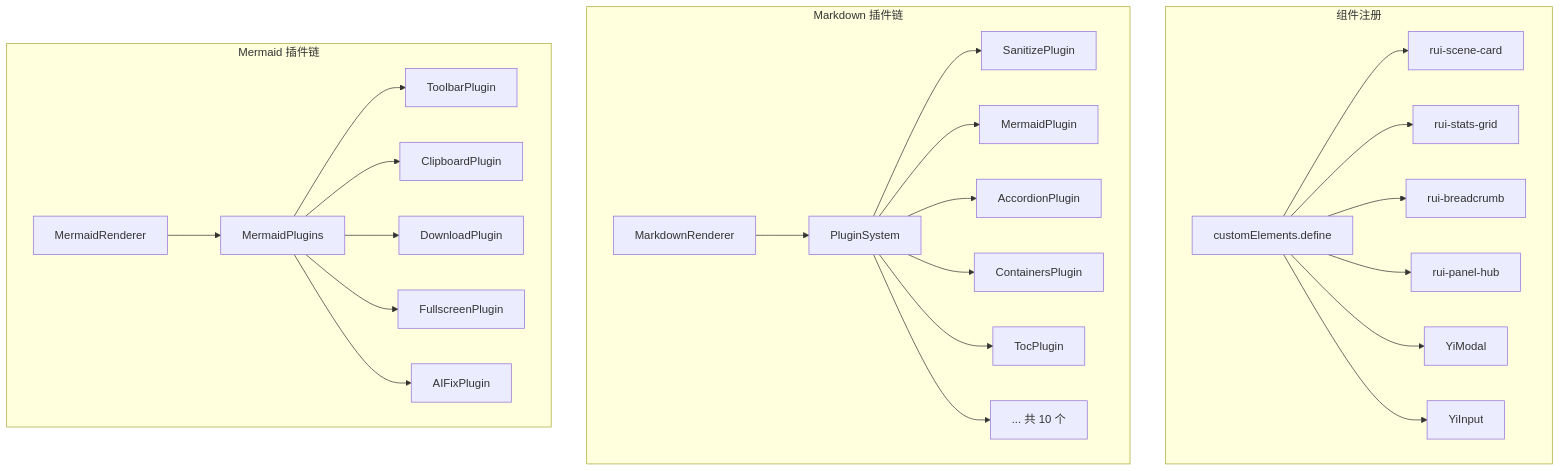
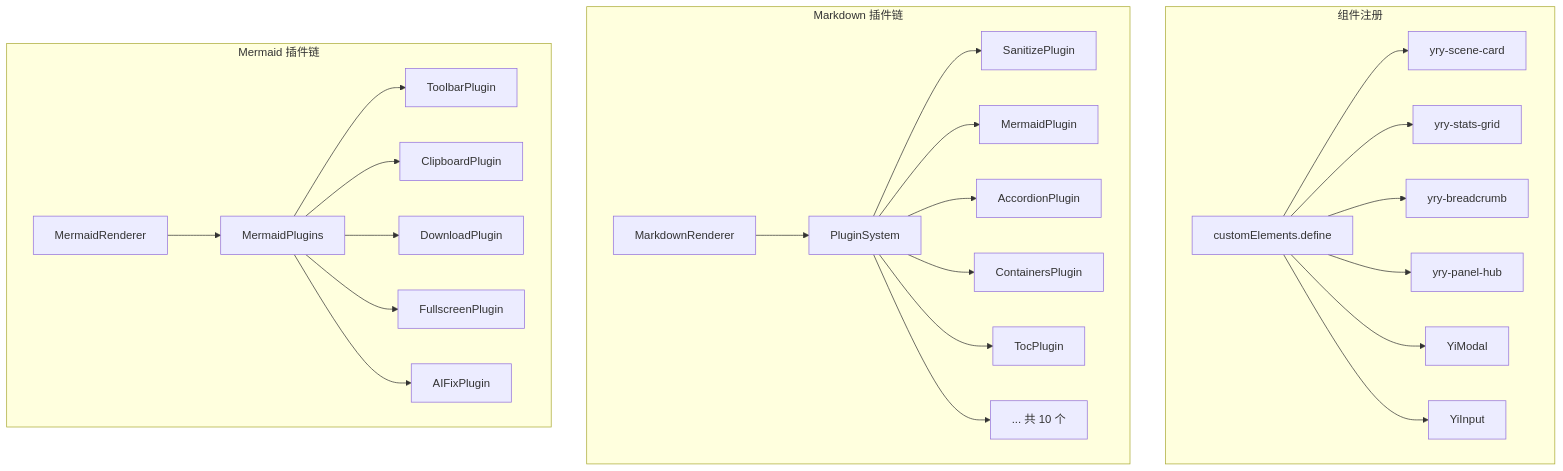
Before and after one commit to effiy/YrY: the diagram in YiDoc/projects/YiPet/arch/scene-6-cdn-component-lifecycle/index.md, drawn with Mermaid. The commit also changed other lines of this file and 1407 other files, not shown here.

````diff
--- a/YiDoc/projects/YiPet/arch/scene-6-cdn-component-lifecycle/index.md
+++ b/YiDoc/projects/YiPet/arch/scene-6-cdn-component-lifecycle/index.md
@@ -7,28 +7,28 @@
 ```mermaid
 graph TD
     subgraph 组件注册
-        CI[customElements.define] --> RC[rui-scene-card]
-        CI --> RS[rui-stats-grid]
-        CI --> RB[rui-breadcrumb]
-        CI --> RP[rui-panel-hub]
+        CI[customElements.define] --> RC[yry-scene-card]
+        CI --> RS[yry-stats-grid]
+        CI --> RB[yry-breadcrumb]
+        CI --> RP[yry-panel-hub]
         CI --> YM[YiModal]
         CI --> YI[YiInput]
     end
     subgraph Markdown 插件链
         MDI[MarkdownRenderer] --> PS[PluginSystem]
         PS --> P1[SanitizePlugin]
         PS --> P2[MermaidPlugin]
         PS --> P3[AccordionPlugin]
         PS --> P4[ContainersPlugin]
         PS --> P5[TocPlugin]
         PS --> PN[... 共 10 个]
     end
     subgraph Mermaid 插件链
         MRI[MermaidRenderer] --> MP[MermaidPlugins]
         MP --> M1[ToolbarPlugin]
         MP --> M2[ClipboardPlugin]
         MP --> M3[DownloadPlugin]
         MP --> M4[FullscreenPlugin]
         MP --> M5[AIFixPlugin]
     end
 ```
````
